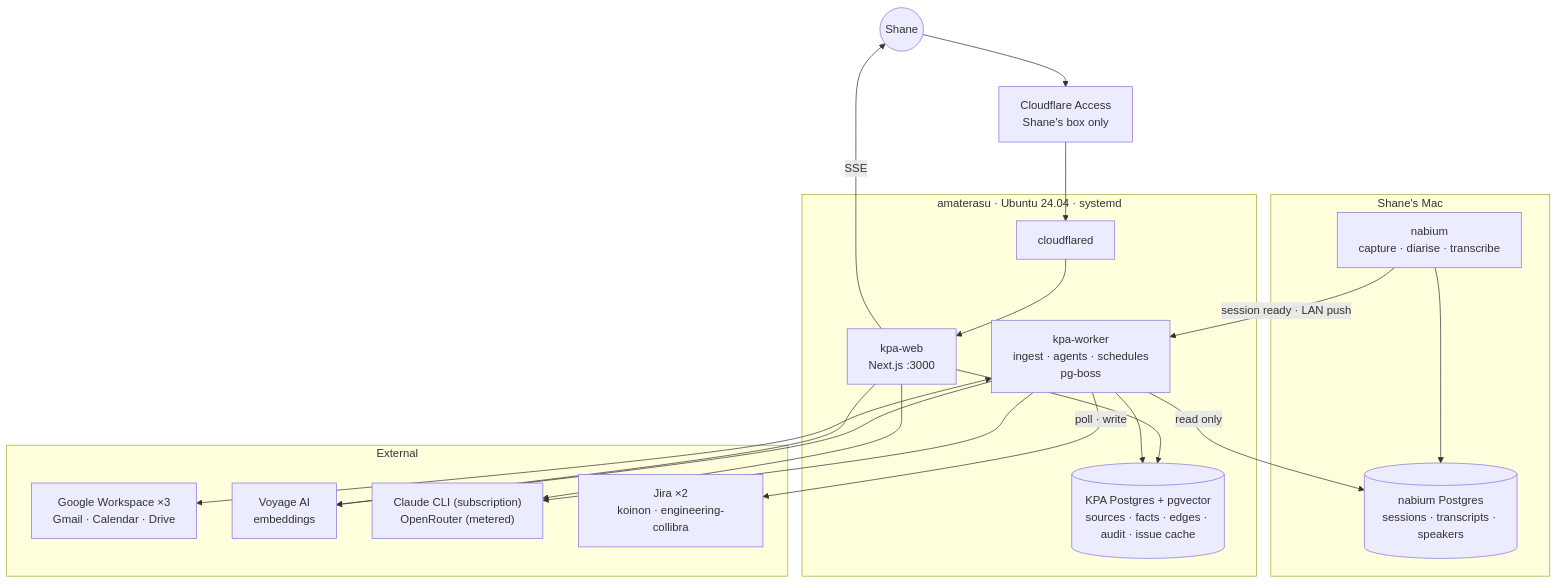
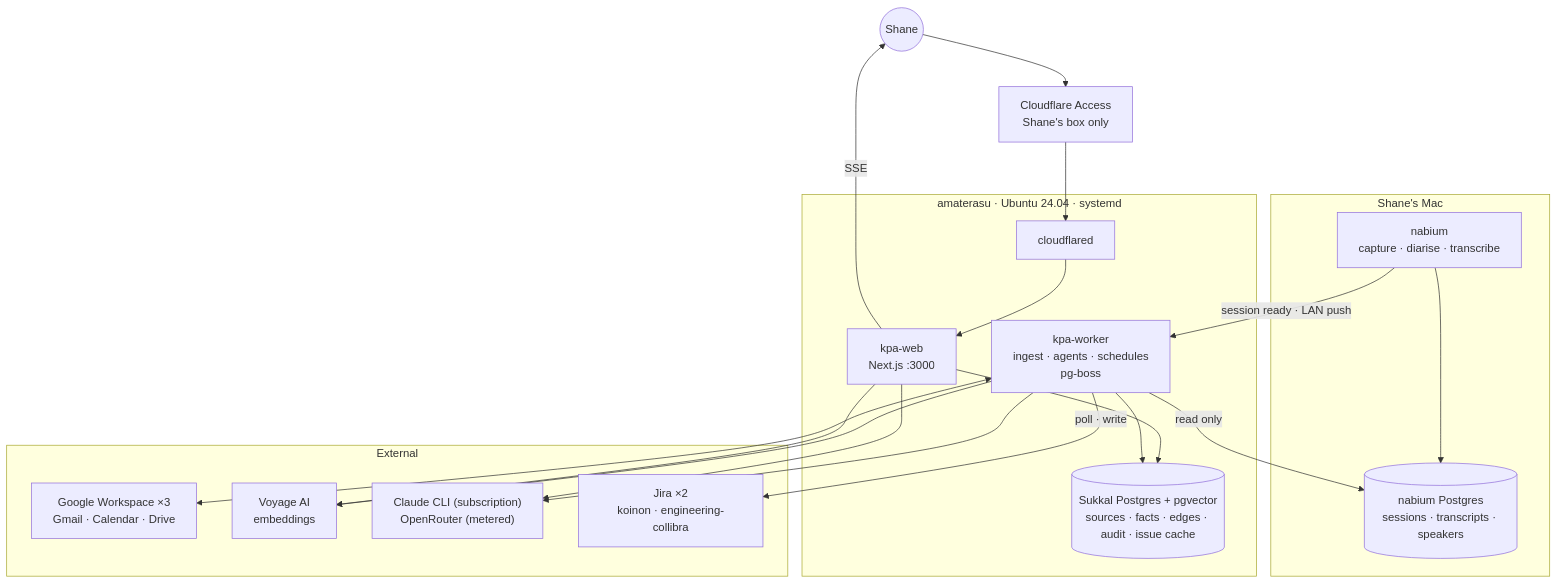
The first of 6 diagrams in docs/project-brief.md (shanedolley/sukkal), drawn with Mermaid before and after one commit. The commit also changed other lines of this file and 64 other files, not shown here.

````diff
--- a/docs/project-brief.md
+++ b/docs/project-brief.md
@@ -476,40 +512,40 @@
 ```mermaid
 flowchart TB
   shane(("Shane"))
 
   subgraph mac["Shane's Mac"]
     nab["nabium<br/>capture · diarise · transcribe"]
     nabpg[("nabium Postgres<br/>sessions · transcripts · speakers")]
     nab --> nabpg
   end
 
   subgraph ama["amaterasu · Ubuntu 24.04 · systemd"]
     cfd["cloudflared"]
     web["kpa-web<br/>Next.js :3000"]
     worker["kpa-worker<br/>ingest · agents · schedules<br/>pg-boss"]
-    pg[("KPA Postgres + pgvector<br/>sources · facts · edges · audit · issue cache")]
+    pg[("Sukkal Postgres + pgvector<br/>sources · facts · edges · audit · issue cache")]
     cfd --> web
     web --> pg
     worker --> pg
   end
 
   subgraph ext["External"]
     goog["Google Workspace ×3<br/>Gmail · Calendar · Drive"]
     voy["Voyage AI<br/>embeddings"]
     llm["Claude CLI (subscription)<br/>OpenRouter (metered)"]
     jira["Jira ×2<br/>koinon · engineering-collibra"]
   end
 
   cf["Cloudflare Access<br/>Shane's box only"]
   shane --> cf --> cfd
 
   nab -- "session ready · LAN push" --> worker
   worker -- "read only" --> nabpg
   worker <--> goog
   worker --> voy
   worker --> llm
   worker -- "poll · write" --> jira
   web -- "SSE" --> shane
   web --> llm
   web --> voy
 ```
````
